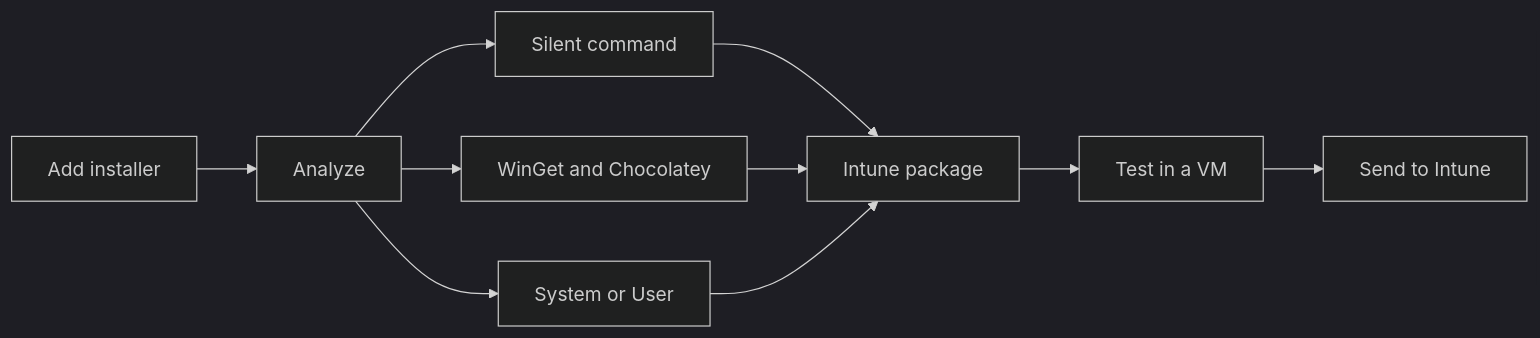
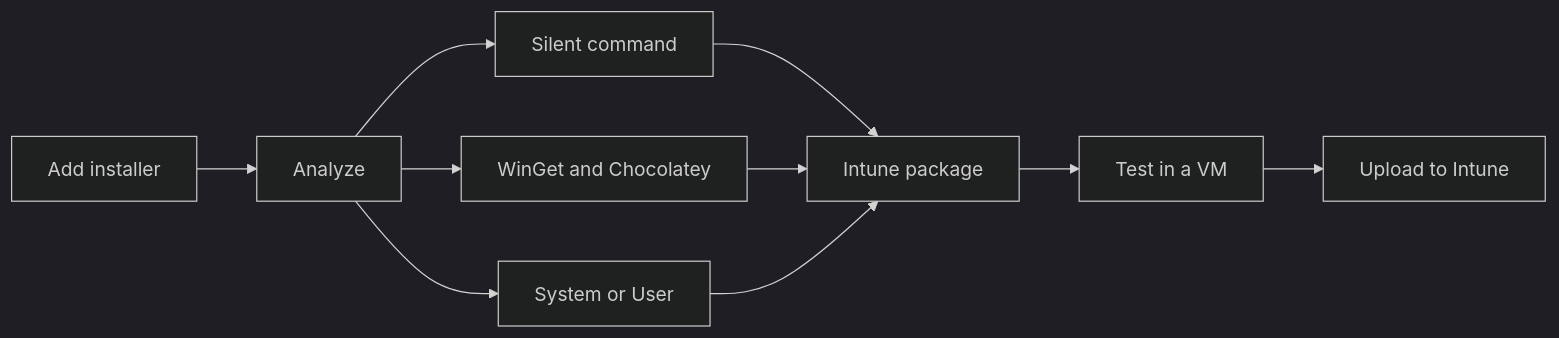
Before and after one commit to mthorngaard/InstallScout-releases: the first of 2 diagrams in docs/guide.md, drawn with Mermaid (dark theme). The commit also changed other lines of this file and 13 other files, not shown here.

Commit message:
Publish 1.8.46 and name the Intune action Upload.

````diff
--- a/docs/guide.md
+++ b/docs/guide.md
@@ -50,12 +50,12 @@
 ```mermaid
 flowchart LR
   A[Add installer] --> B[Analyze]
   B --> C[Silent command]
   C --> E[Intune package]
   B --> D[WinGet and Chocolatey]
   D --> E[Intune package]
   B --> F[System or User]
   F --> E
   E --> G[Test in a VM]
-  G --> H[Send to Intune]
+  G --> H[Upload to Intune]
 ```
````
